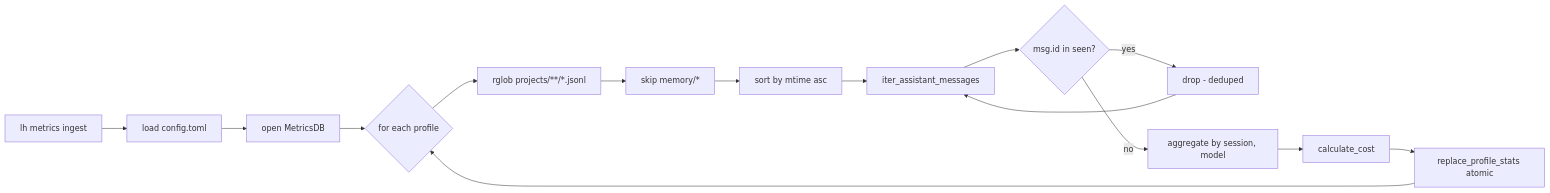
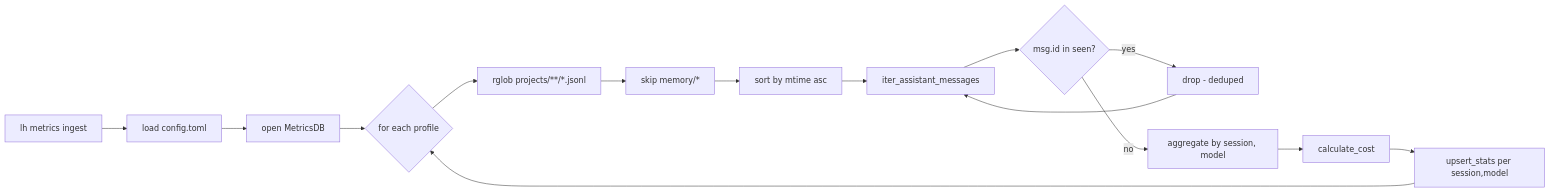
Before and after one commit to lazynet/lazy-harness: the diagram in docs/how/metrics-ingest.md, drawn with Mermaid. The commit also changed other lines of this file and 4 other files, not shown here.

````diff
--- a/docs/how/metrics-ingest.md
+++ b/docs/how/metrics-ingest.md
@@ -26,17 +26,17 @@
 ```mermaid
 flowchart LR
   A[lh metrics ingest] --> B[load config.toml]
   B --> C[open MetricsDB]
   C --> D{for each profile}
   D --> E[rglob projects/**/*.jsonl]
   E --> F[skip memory/*]
   F --> G[sort by mtime asc]
   G --> H[iter_assistant_messages]
   H --> I{msg.id in seen?}
   I -- yes --> J[drop - deduped]
   I -- no --> K[aggregate by session, model]
   K --> L[calculate_cost]
-  L --> M[replace_profile_stats atomic]
+  L --> M[upsert_stats per session,model]
   J --> H
   M --> D
 ```
````
